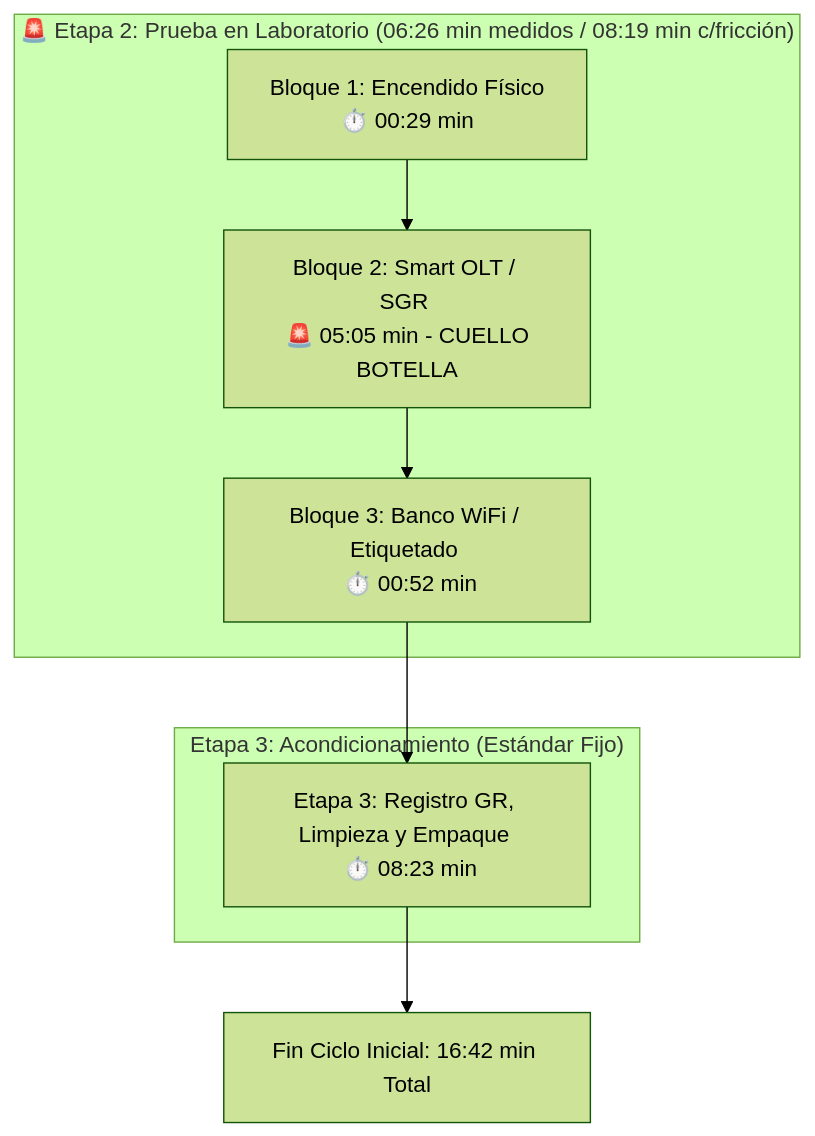
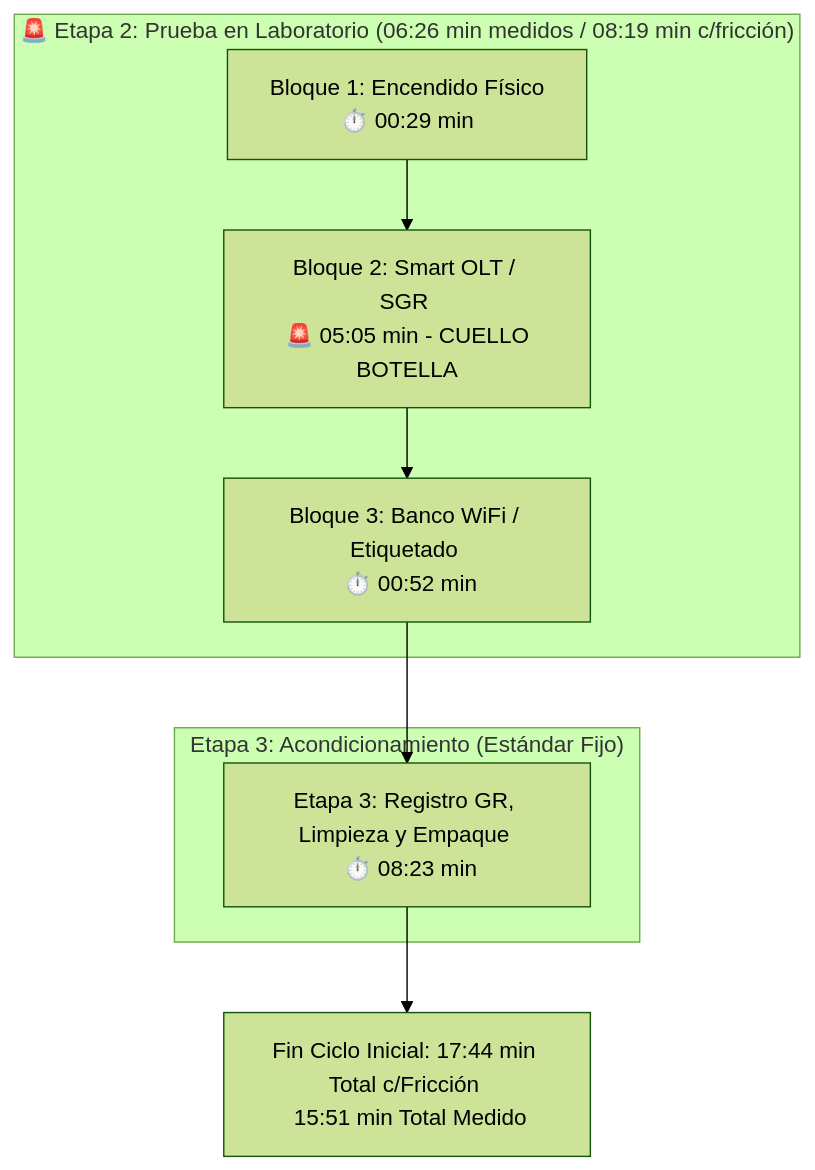
One commit to elingenierok/procedimientos-isp changed the first of 2 diagrams in docs/diagnosticos/DG-EQU-001.md. Above: the diagram before and after it, drawn with Mermaid (forest theme). The commit also changed other lines of this file, not shown here.

````diff
--- a/docs/diagnosticos/DG-EQU-001.md
+++ b/docs/diagnosticos/DG-EQU-001.md
@@ -42,13 +43,13 @@
 ```mermaid
 graph TD
     subgraph ETAPA_2 ["🚨 Etapa 2: Prueba en Laboratorio (06:26 min medidos / 08:19 min c/fricción)"]
         A1[Bloque 1: Encendido Físico <br/> ⏱️ 00:29 min] --> A2[Bloque 2: Smart OLT / SGR <br/> 🚨 05:05 min - CUELLO BOTELLA]
         A2 --> A3[Bloque 3: Banco WiFi / Etiquetado <br/> ⏱️ 00:52 min]
     end
 
     subgraph ETAPA_3 ["Etapa 3: Acondicionamiento (Estándar Fijo)"]
         A3 --> A4[Etapa 3: Registro GR, Limpieza y Empaque <br/> ⏱️ 08:23 min]
     end
 
-    A4 --> A5[Fin Ciclo Inicial: 16:42 min Total]
+    A4 --> A5[Fin Ciclo Inicial: 17:44 min Total c/Fricción <br/> 15:51 min Total Medido]
 ```
````
